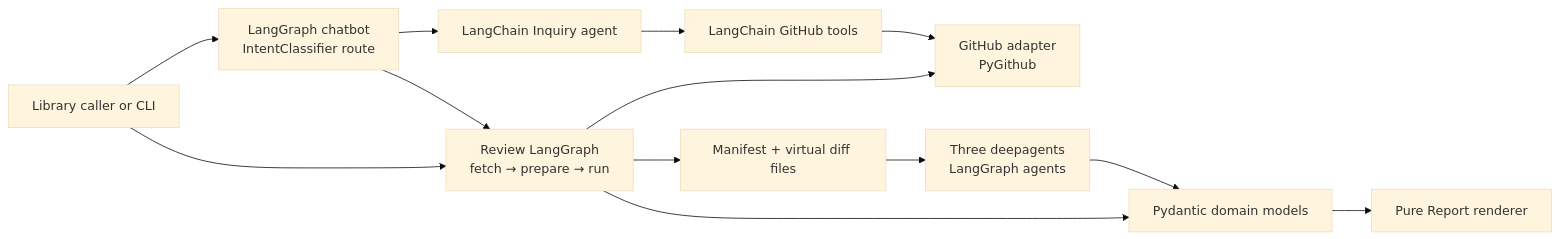
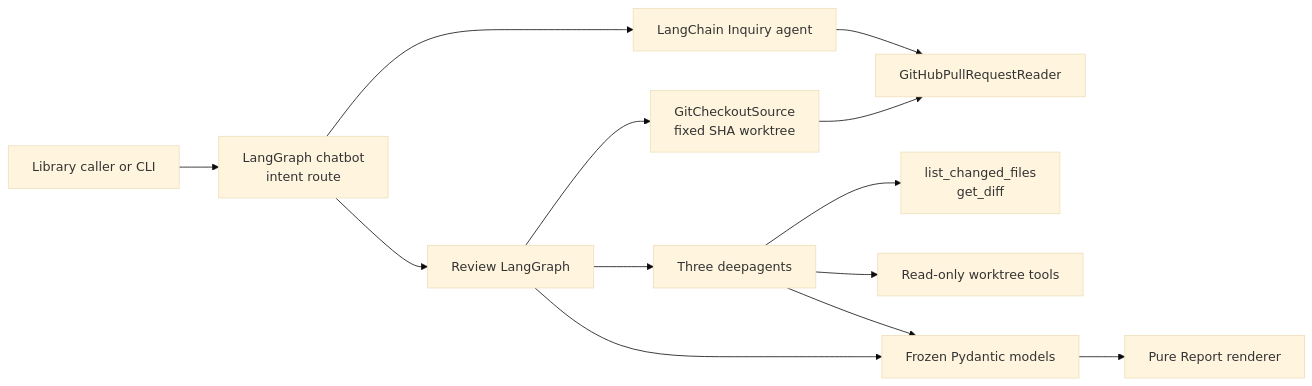
The first of 4 diagrams in ARCHITECTURE.md (taipingeric/review_sheep), drawn with Mermaid (base theme) before and after one commit. The commit also changed other lines of this file and 23 other files, not shown here.

Commit message:
feat: review pull requests from fixed CI checkout

````diff
--- a/ARCHITECTURE.md
+++ b/ARCHITECTURE.md
@@ -25,27 +16,27 @@
 ```mermaid
 flowchart LR
     Caller[Library caller or CLI]
-    Chat[LangGraph chatbot<br/>IntentClassifier route]
+    Chat[LangGraph chatbot<br/>intent route]
     Inquiry[LangChain Inquiry agent]
-    Tools[LangChain GitHub tools]
-    GitHub[GitHub adapter<br/>PyGithub]
-    Review[Review LangGraph<br/>fetch → prepare → run]
-    Workspace[Manifest + virtual diff files]
-    Lenses[Three deepagents<br/>LangGraph agents]
-    Models[Pydantic domain models]
+    GitHub[GitHubPullRequestReader]
+    Review[Review LangGraph]
+    Checkout[GitCheckoutSource<br/>fixed SHA worktree]
+    Lenses[Three deepagents]
+    GitTools[list_changed_files<br/>get_diff]
+    Files[Read-only worktree tools]
+    Models[Frozen Pydantic models]
     Report[Pure Report renderer]
 
     Caller --> Chat
     Chat --> Inquiry
     Chat --> Review
-    Inquiry --> Tools
-    Tools --> GitHub
-
-    Caller --> Review
-    Review --> GitHub
-    Review --> Workspace
-    Workspace --> Lenses
+    Inquiry --> GitHub
+    Review --> Checkout
+    Checkout --> GitHub
+    Review --> Lenses
+    Lenses --> GitTools
+    Lenses --> Files
     Lenses --> Models
     Review --> Models
     Models --> Report
 ```
````
